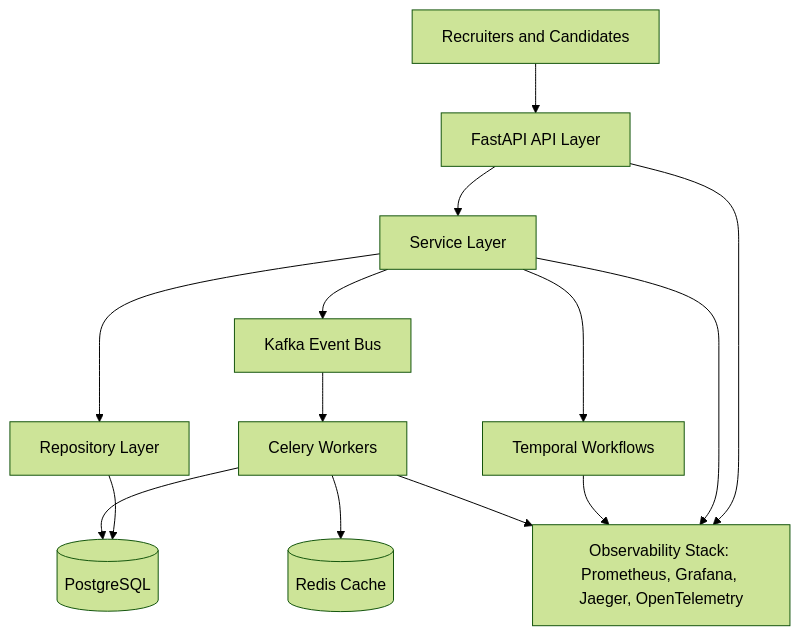
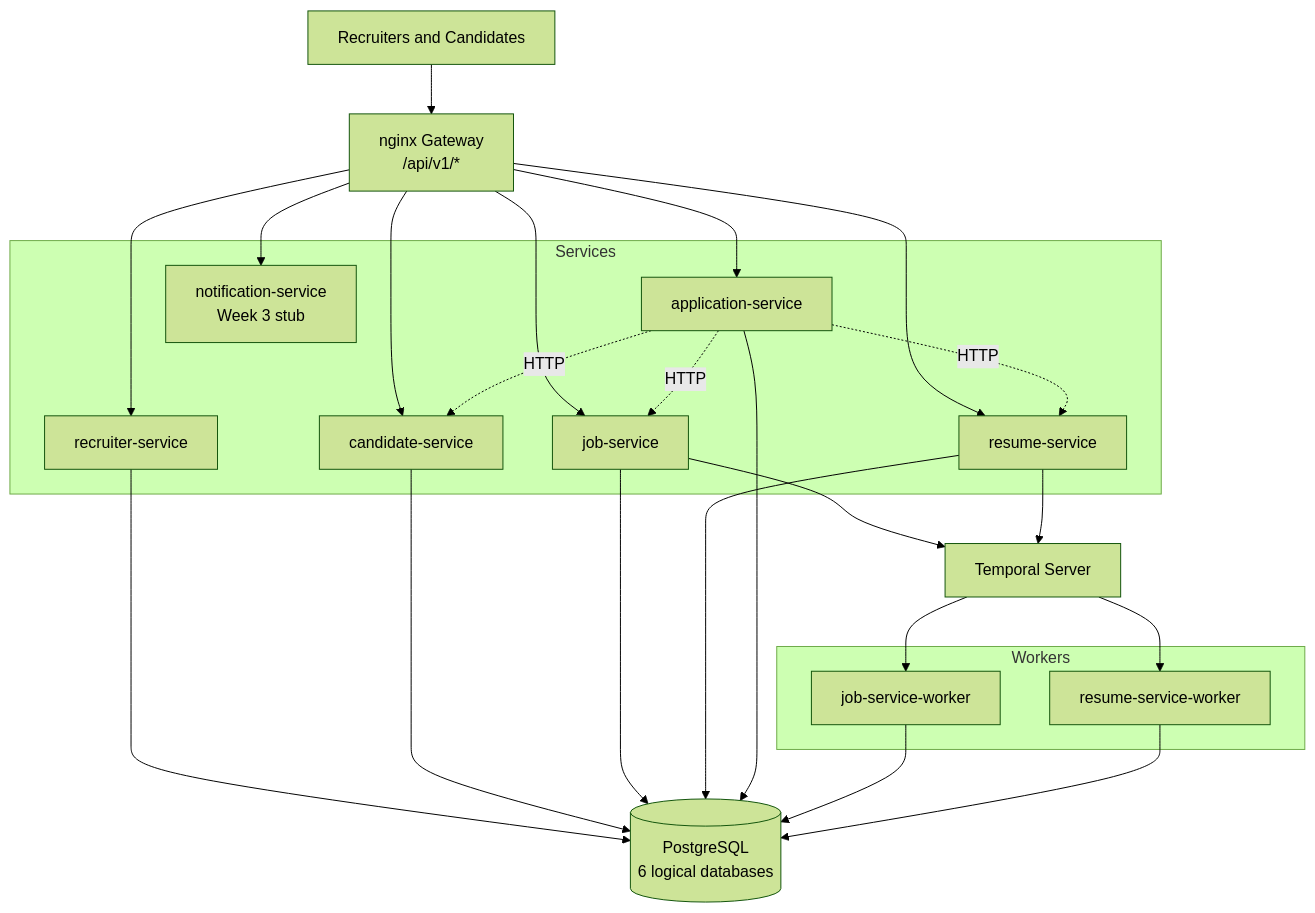
The first of 7 diagrams in docs/ARCHITECTURE.md (afnan-emumba/smart-hire), drawn with Mermaid (forest theme) before and after one commit. The commit also changed other lines of this file and 75 other files, not shown here.

First line of the commit message:
feat: enhance API routing and health checks in nginx configuration

````diff
--- a/docs/ARCHITECTURE.md
+++ b/docs/ARCHITECTURE.md
@@ -9,27 +9,47 @@
 ```mermaid
 flowchart TD
     user[Recruiters and Candidates]
-    api[FastAPI API Layer]
-    services[Service Layer]
-    repos[Repository Layer]
-    postgres[(PostgreSQL)]
-    temporal[Temporal Workflows]
-    kafka[Kafka Event Bus]
-    celery[Celery Workers]
-    redis[(Redis Cache)]
-    observe[Observability Stack: Prometheus, Grafana, Jaeger, OpenTelemetry]
+    gateway[nginx Gateway<br/>/api/v1/*]
 
-    user --> api
-    api --> services
-    services --> repos
-    repos --> postgres
-    services --> temporal
-    services --> kafka
-    kafka --> celery
-    celery --> postgres
-    celery --> redis
-    api --> observe
-    services --> observe
-    temporal --> observe
-    celery --> observe
+    subgraph Services
+        recruiterSvc[recruiter-service]
+        candidateSvc[candidate-service]
+        jobSvc[job-service]
+        resumeSvc[resume-service]
+        applicationSvc[application-service]
+        notificationSvc[notification-service<br/>Week 3 stub]
+    end
+
+    subgraph Workers
+        jobWorker[job-service-worker]
+        resumeWorker[resume-service-worker]
+    end
+
+    temporal[Temporal Server]
+    postgres[(PostgreSQL<br/>6 logical databases)]
+
+    user --> gateway
+    gateway --> recruiterSvc
+    gateway --> candidateSvc
+    gateway --> jobSvc
+    gateway --> resumeSvc
+    gateway --> applicationSvc
+    gateway --> notificationSvc
+
+    applicationSvc -.HTTP.-> jobSvc
+    applicationSvc -.HTTP.-> candidateSvc
+    applicationSvc -.HTTP.-> resumeSvc
+
+    recruiterSvc --> postgres
+    candidateSvc --> postgres
+    jobSvc --> postgres
+    resumeSvc --> postgres
+    applicationSvc --> postgres
+
+    jobSvc --> temporal
+    resumeSvc --> temporal
+    temporal --> jobWorker
+    temporal --> resumeWorker
+    jobWorker --> postgres
+    resumeWorker --> postgres
 ```
````
